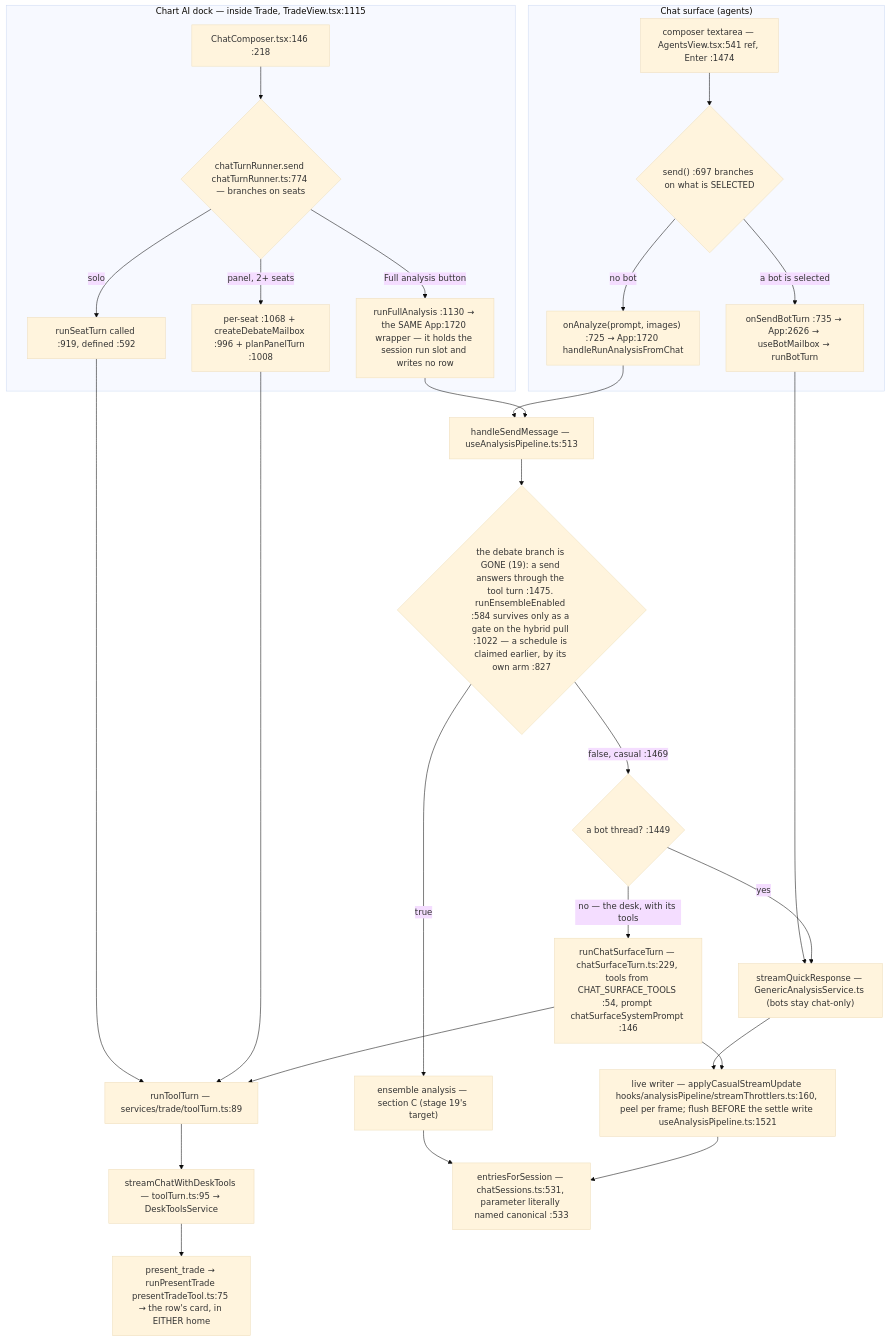
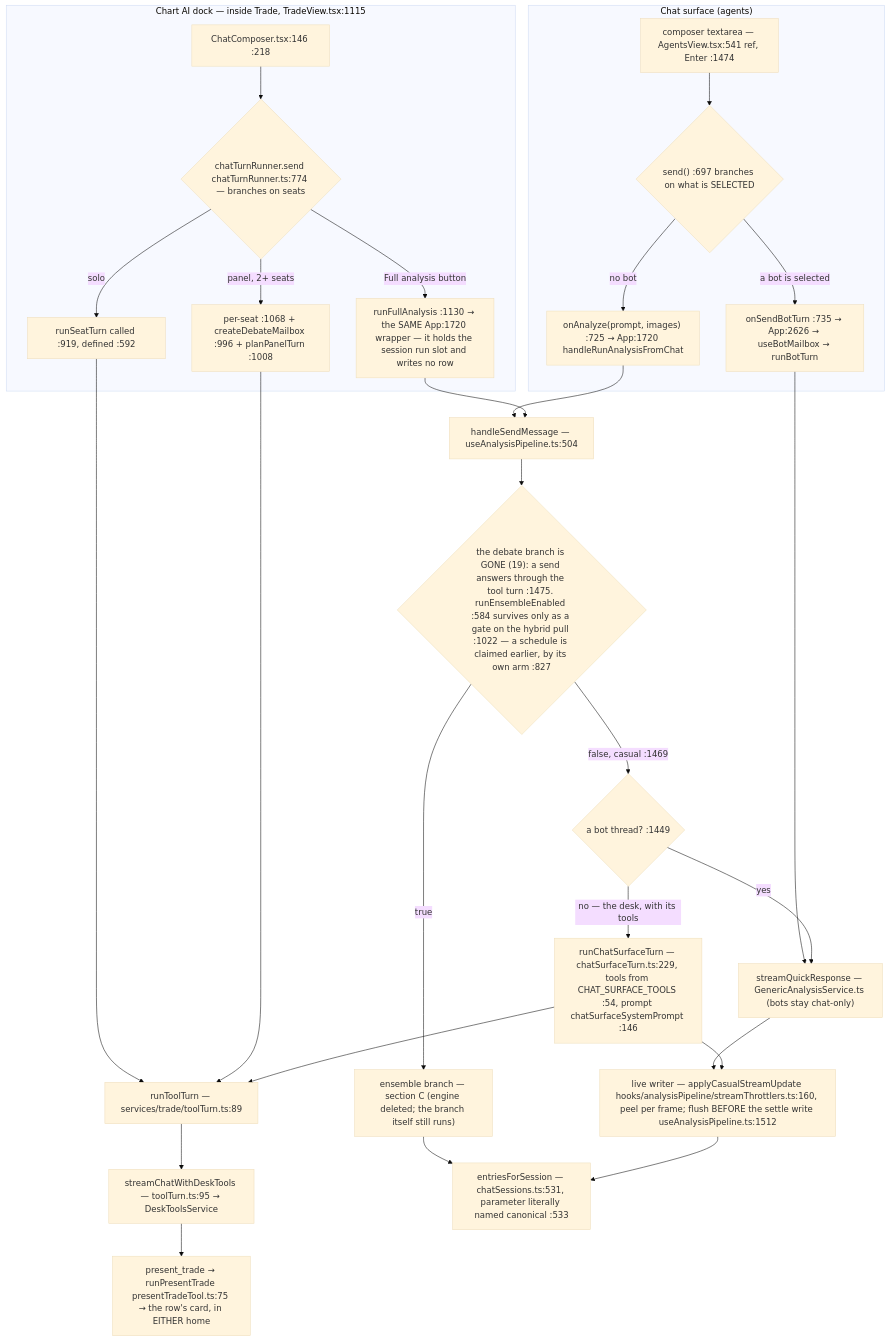
One commit to Acepay25/august-3.5 changed the second of 7 diagrams in docs/app-flow.md. Above: the diagram before and after it, drawn with Mermaid (base theme). The commit also changed other lines of this file and 61 other files, not shown here.

First line of the commit message:
refactor(trade): stage 19's second tranche — the debate engine is deleted

````diff
--- a/docs/app-flow.md
+++ b/docs/app-flow.md
@@ -50,31 +50,31 @@
 ```mermaid
 flowchart TD
     subgraph CHAT["Chat surface (agents)"]
         CB["composer textarea — AgentsView.tsx:541 ref, Enter :1474"] --> D1{"send() :697 branches on what is SELECTED"}
         D1 -->|a bot is selected| BOT["onSendBotTurn :735 → App:2626 → useBotMailbox → runBotTurn"]
         D1 -->|no bot| AN["onAnalyze(prompt, images) :725 → App:1720 handleRunAnalysisFromChat"]
     end
     subgraph DOCK["Chart AI dock — inside Trade, TradeView.tsx:1115"]
         DC["ChatComposer.tsx:146 :218"] --> D2{"chatTurnRunner.send chatTurnRunner.ts:774 — branches on seats"}
         D2 -->|solo| SO["runSeatTurn called :919, defined :592"]
         D2 -->|panel, 2+ seats| PN["per-seat :1068 + createDebateMailbox :996 + planPanelTurn :1008"]
         D2 -->|Full analysis button| FA["runFullAnalysis :1130 → the SAME App:1720 wrapper — it holds the session run slot and writes no row"]
     end
     SO --> TT["runToolTurn — services/trade/toolTurn.ts:89"]
     PN --> TT
     TT --> SCDT["streamChatWithDeskTools — toolTurn.ts:95 → DeskToolsService"]
     BOT --> TR["streamQuickResponse — GenericAnalysisService.ts (bots stay chat-only)"]
-    AN --> HSM["handleSendMessage — useAnalysisPipeline.ts:513"]
+    AN --> HSM["handleSendMessage — useAnalysisPipeline.ts:504"]
     FA --> HSM
     HSM --> D3{"the debate branch is GONE (19): a send answers through the tool turn :1475. runEnsembleEnabled :584 survives only as a gate on the hybrid pull :1022 — a schedule is claimed earlier, by its own arm :827"}
-    D3 -->|true| ENS["ensemble analysis — section C (stage 19's target)"]
+    D3 -->|true| ENS["ensemble branch — section C (engine deleted; the branch itself still runs)"]
     D3 -->|false, casual :1469| SPLIT{"a bot thread? :1449"}
     SPLIT -->|yes| TR
     SPLIT -->|no — the desk, with its tools| CST["runChatSurfaceTurn — chatSurfaceTurn.ts:229, tools from CHAT_SURFACE_TOOLS :54, prompt chatSurfaceSystemPrompt :146"]
     CST --> TT
-    TR --> LW["live writer — applyCasualStreamUpdate hooks/analysisPipeline/streamThrottlers.ts:160, peel per frame; flush BEFORE the settle write useAnalysisPipeline.ts:1521"]
+    TR --> LW["live writer — applyCasualStreamUpdate hooks/analysisPipeline/streamThrottlers.ts:160, peel per frame; flush BEFORE the settle write useAnalysisPipeline.ts:1512"]
     CST --> LW
     ENS --> MERGE
     LW --> MERGE["entriesForSession — chatSessions.ts:531, parameter literally named canonical :533"]
     SCDT --> PT["present_trade → runPresentTrade presentTradeTool.ts:75 → the row's card, in EITHER home"]
 ```
````
